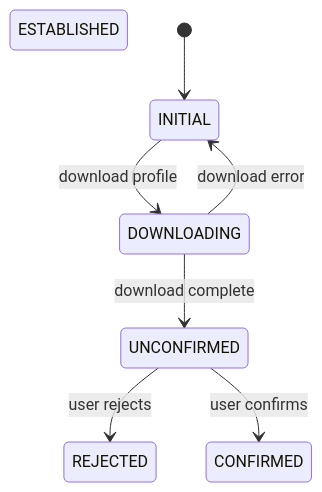
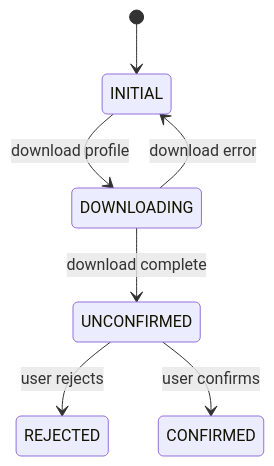
One commit to BrightID/BrightID changed the diagram in BrightID/diagrams/pendingConnection_states.mmd. Above: the diagram before and after it, drawn with Mermaid. The commit also changed 4 other files, not shown here.

Commit message:
diagram updates

```diff
--- a/BrightID/diagrams/pendingConnection_states.mmd
+++ b/BrightID/diagrams/pendingConnection_states.mmd
@@ -1,14 +1,13 @@
 stateDiagram
   S1: INITIAL
   S2: DOWNLOADING
   S3: UNCONFIRMED
   S4: REJECTED
   S5: CONFIRMED
-  S6: ESTABLISHED
 
   [*] --> S1
   S1 --> S2: download profile
   S2 --> S3: download complete
   S2 --> S1: download error
   S3 --> S4: user rejects
   S3 --> S5: user confirms
```
